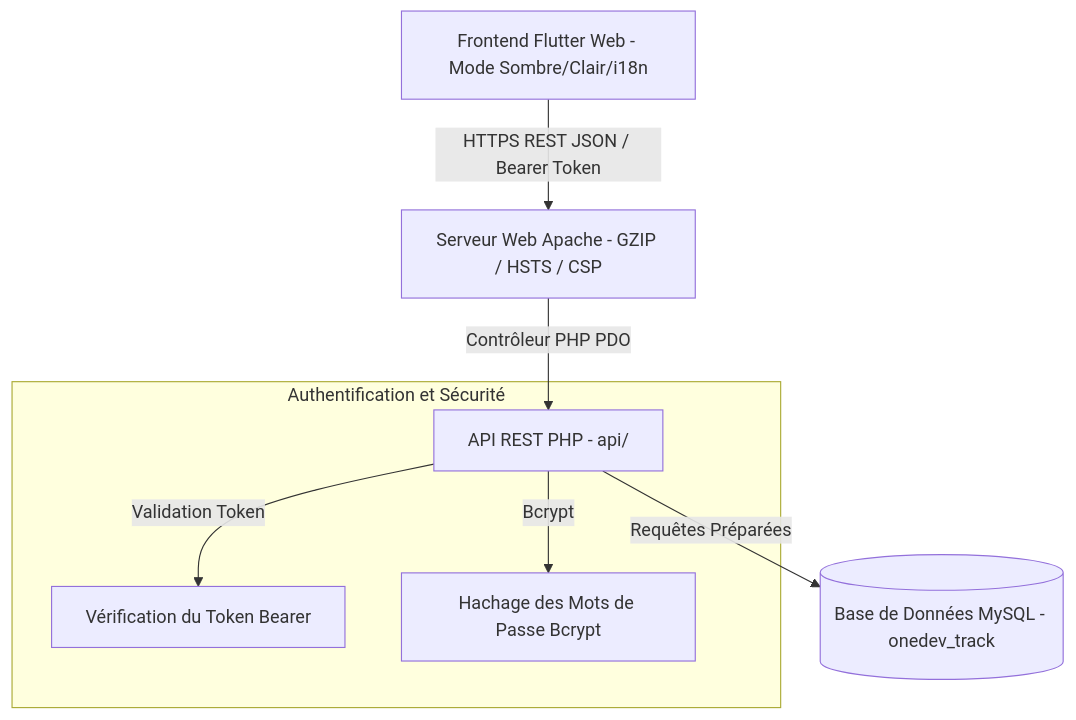
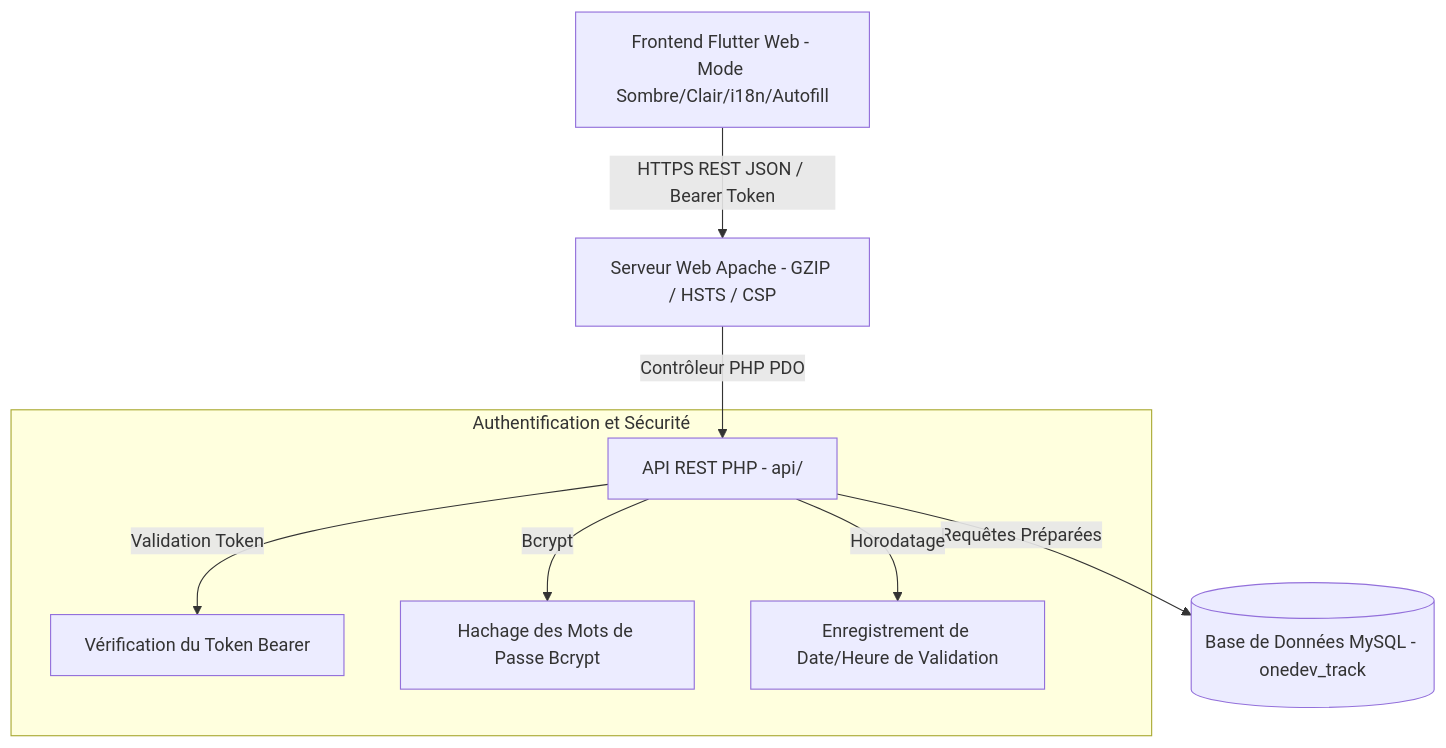
Before and after one commit to onedevit/onedev_track: the diagram in README.md, drawn with Mermaid. The commit also changed other lines of this file, not shown here.

````diff
--- a/README.md
+++ b/README.md
@@ -54,11 +58,12 @@
 ```mermaid
 graph TD
-    ClientApp[Frontend Flutter Web - Mode Sombre/Clair/i18n] -->|HTTPS REST JSON / Bearer Token| ApacheServer[Serveur Web Apache - GZIP / HSTS / CSP]
+    ClientApp[Frontend Flutter Web - Mode Sombre/Clair/i18n/Autofill] -->|HTTPS REST JSON / Bearer Token| ApacheServer[Serveur Web Apache - GZIP / HSTS / CSP]
     ApacheServer -->|Contrôleur PHP PDO| BackendAPI[API REST PHP - api/]
     BackendAPI -->|Requêtes Préparées| Database[(Base de Données MySQL - onedev_track)]
     
     subgraph Authentification et Sécurité
         BackendAPI -->|Validation Token| BearerToken[Vérification du Token Bearer]
         BackendAPI -->|Bcrypt| PasswordHasher[Hachage des Mots de Passe Bcrypt]
+        BackendAPI -->|Horodatage| ApprovalTracker[Enregistrement de Date/Heure de Validation]
       end
 ```
````
